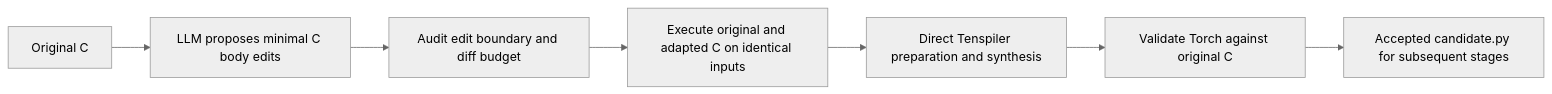
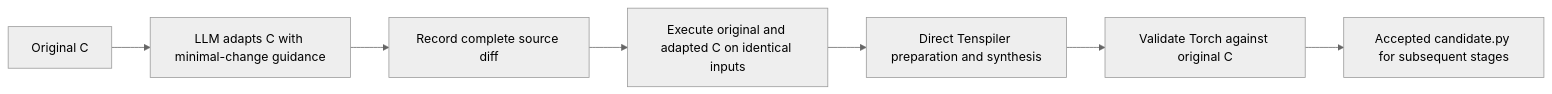
The diagram in docs/c-to-torch.md (giacomo-brunetta/LASSI-TOOLS), drawn with Mermaid (neutral theme) before and after one commit. The commit also changed other lines of this file and 3 other files, not shown here.

Commit message:
Guide C adaptations without enforcing edit-size or body restrictions

````diff
--- a/docs/c-to-torch.md
+++ b/docs/c-to-torch.md
@@ -5,9 +5,9 @@
 ```mermaid
 flowchart LR
-  A[Original C] --> B[LLM proposes minimal C body edits]
-  B --> C[Audit edit boundary and diff budget]
+  A[Original C] --> B[LLM adapts C with minimal-change guidance]
+  B --> C[Record complete source diff]
   C --> D[Execute original and adapted C on identical inputs]
   D --> E[Direct Tenspiler preparation and synthesis]
   E --> F[Validate Torch against original C]
   F --> G[Accepted candidate.py for subsequent stages]
 ```
````
